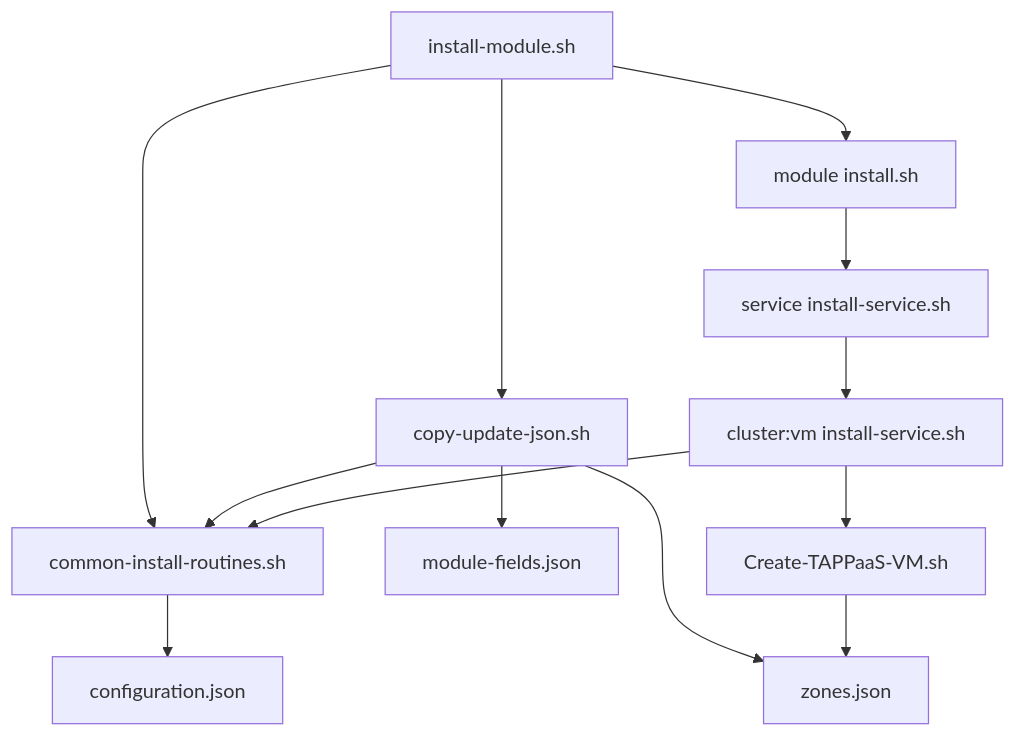
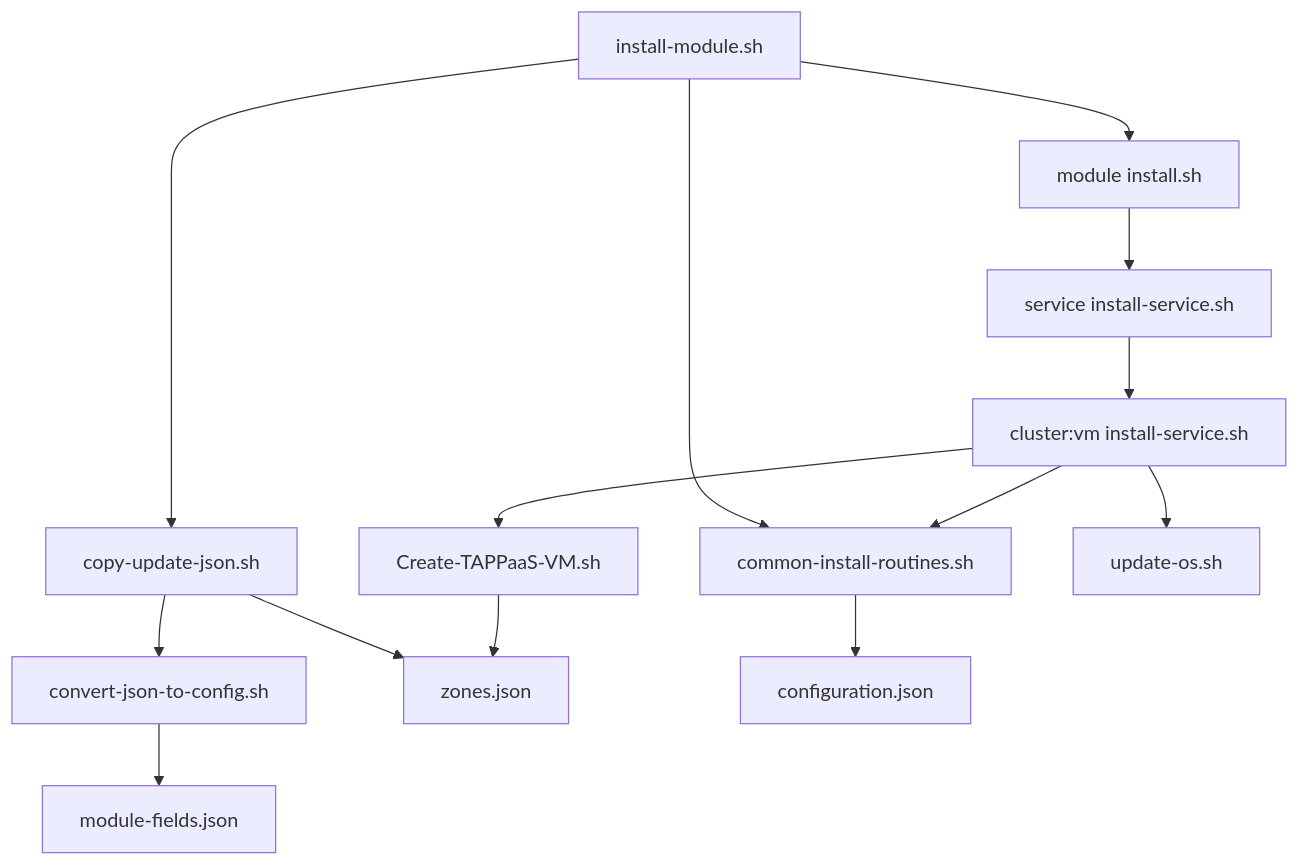
One commit to TAPPaaS/TAPPaaS changed the first of 14 diagrams in src/foundation/DEPENDENCIES.md. Above: the diagram before and after it, drawn with Mermaid. The commit also changed other lines of this file and 3 other files, not shown here.

Commit message:
updated dependency graphs

````diff
--- a/src/foundation/DEPENDENCIES.md
+++ b/src/foundation/DEPENDENCIES.md
@@ -164,15 +189,16 @@
 ```mermaid
 graph TD
     A["install-module.sh"] --> B["common-install-routines.sh"]
     A --> C["copy-update-json.sh"]
     A --> D["module install.sh"]
-    C --> B
-    C --> E["module-fields.json"]
+    C --> K["convert-json-to-config.sh"]
+    K --> E["module-fields.json"]
     C --> F["zones.json"]
     D --> G["service install-service.sh"]
     G --> H["cluster:vm install-service.sh"]
     H --> B
     H --> I["Create-TAPPaaS-VM.sh"]
+    H --> U["update-os.sh"]
     I --> F
     B --> J["configuration.json"]
 ```
````
